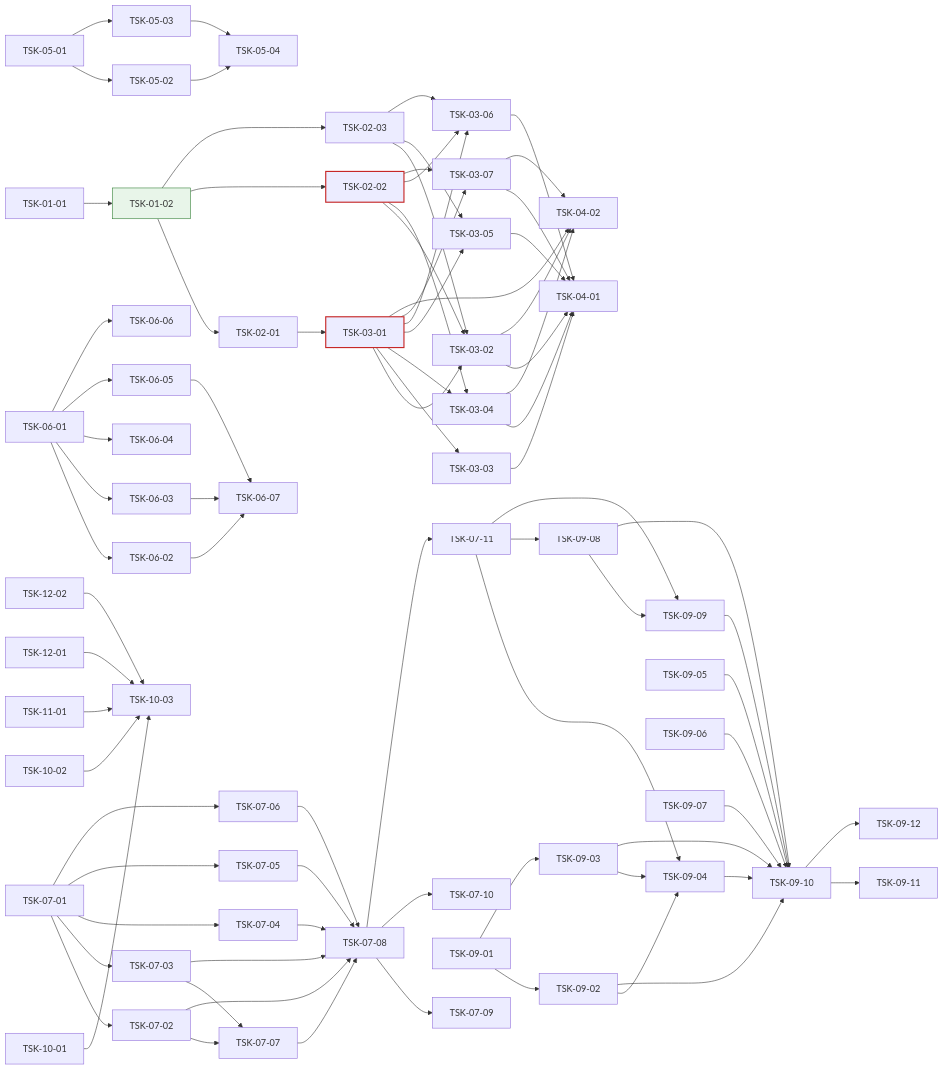
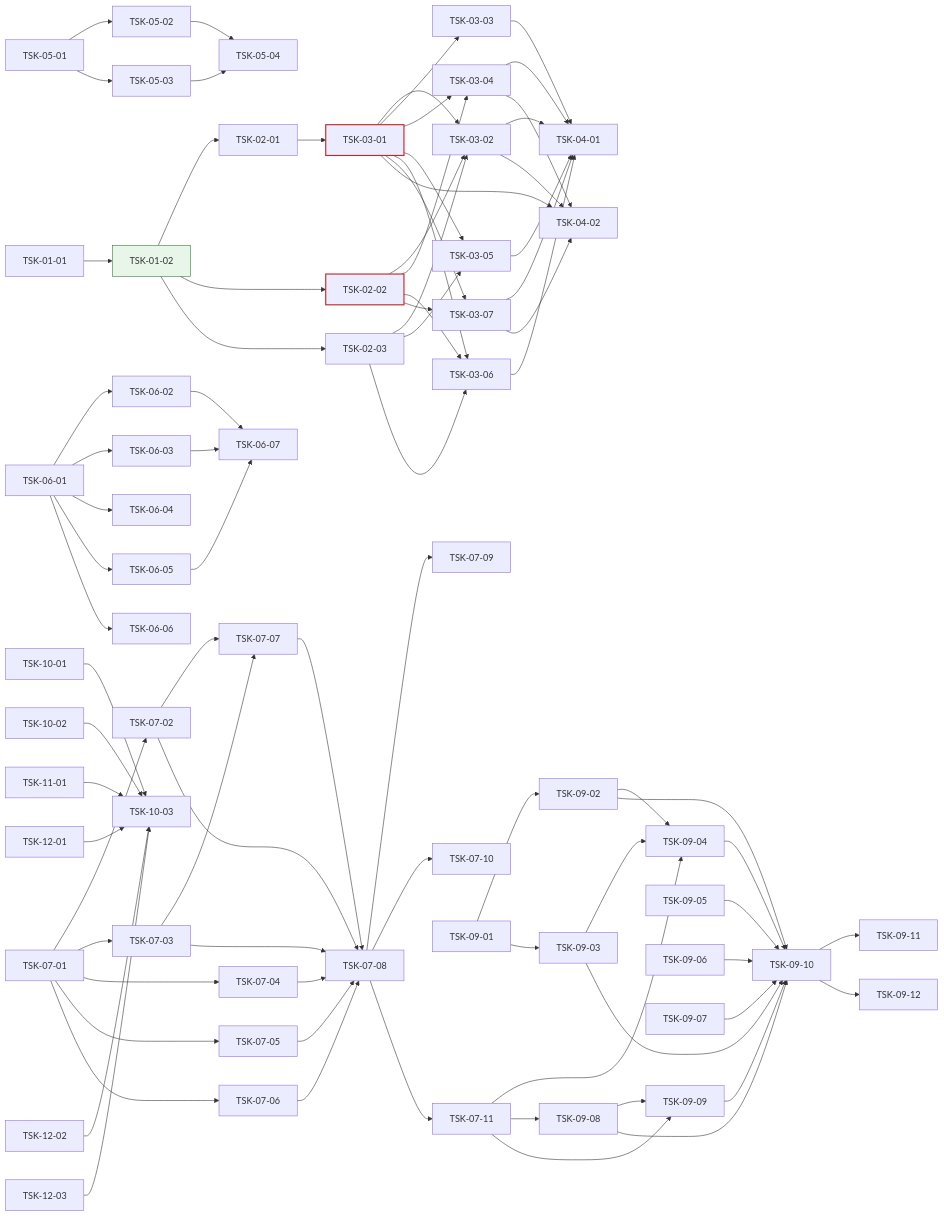
Before and after one commit to jongik-sv/oranda: the diagram in docs/oranda1/wbs.md, drawn with Mermaid. The commit also changed other lines of this file and 21 other files, not shown here.

```diff
--- a/docs/oranda1/wbs.md
+++ b/docs/oranda1/wbs.md
@@ -927,6 +938,7 @@
   TSK-11-01 --> TSK-10-03
   TSK-12-01 --> TSK-10-03
   TSK-12-02 --> TSK-10-03
+  TSK-12-03 --> TSK-10-03
   style TSK-01-02 fill:#e8f5e9,stroke:#2e7d32
   style TSK-03-01 stroke:#c62828,stroke-width:2px
   style TSK-02-02 stroke:#c62828,stroke-width:2px
```
